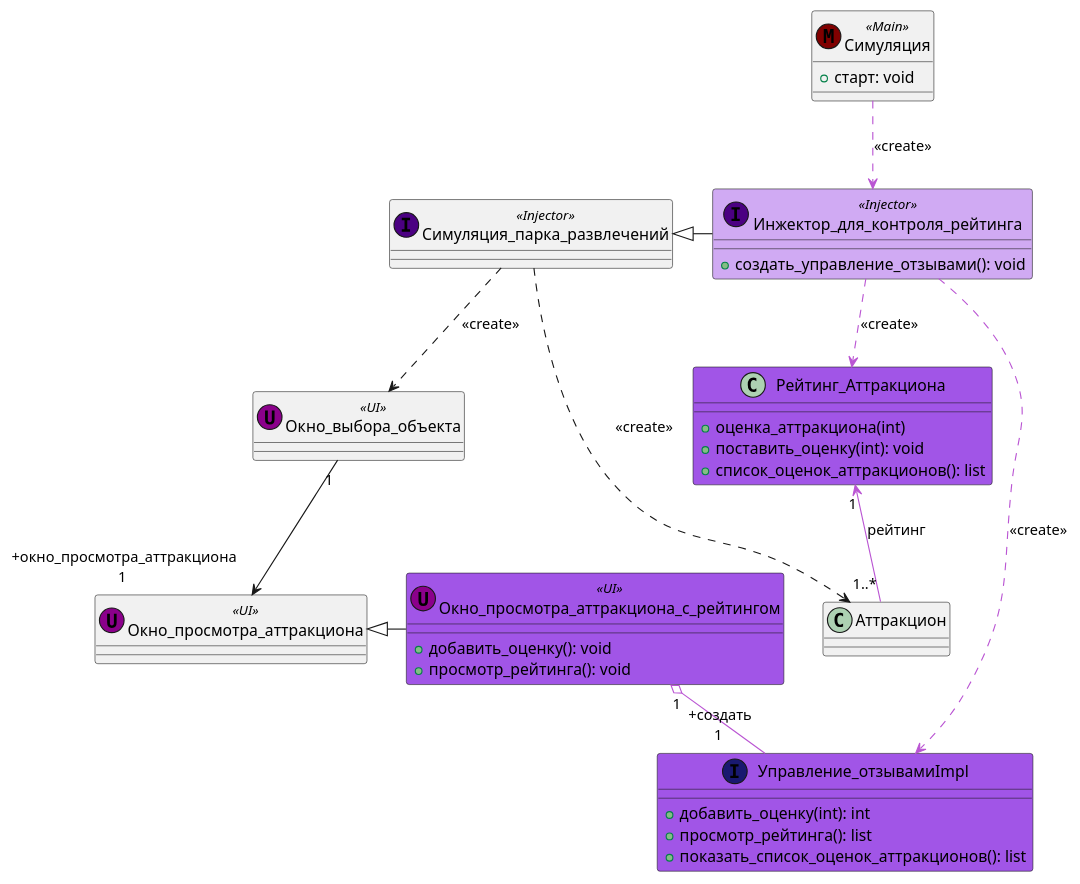
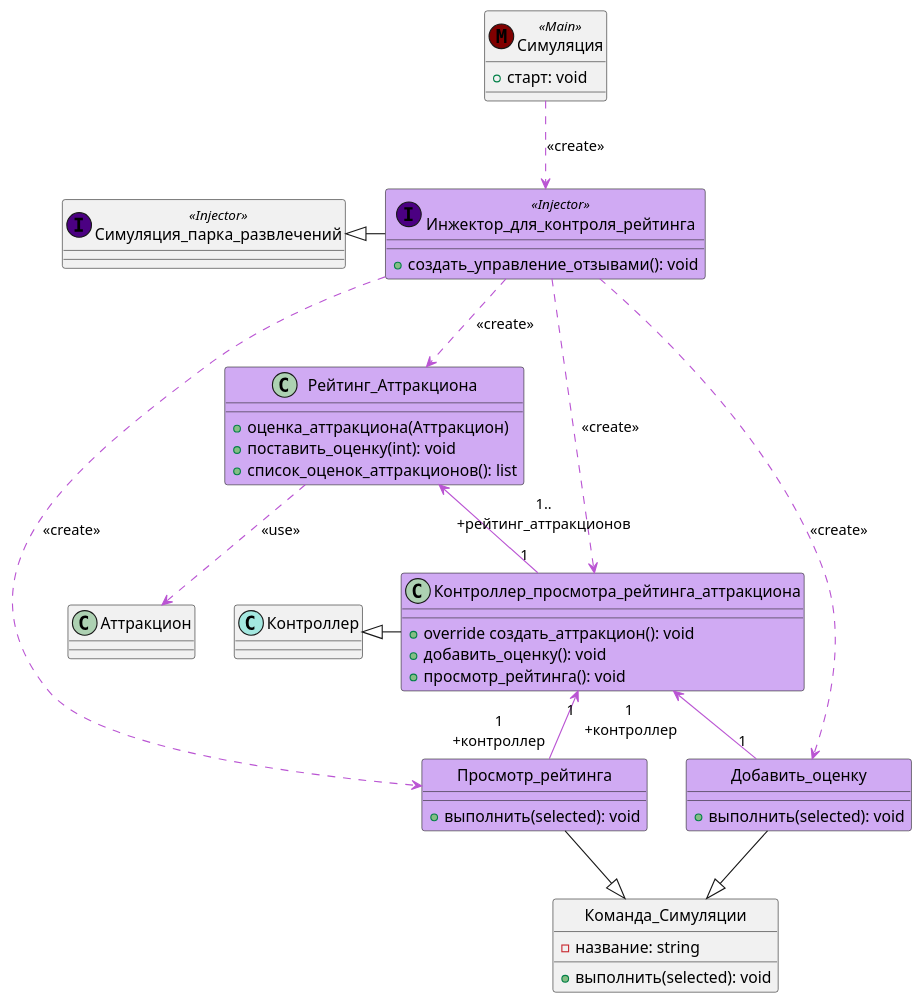
Before and after one commit to mzhirko/amusement-park: the diagram in description/diagrams/diagrams-ru/development-class/class-develop-rating.wsd, drawn with PlantUML. The commit also changed 8 other files, not shown here.

Commit message:
Remove ui dependencies in development diagrams

```diff
--- a/description/diagrams/diagrams-ru/development-class/class-develop-rating.wsd
+++ b/description/diagrams/diagrams-ru/development-class/class-develop-rating.wsd
@@ -1,54 +1,61 @@
 @startuml
 Симуляция .[#MediumOrchid].> Инжектор_для_контроля_рейтинга: <<create>>
 Симуляция_парка_развлечений <|- Инжектор_для_контроля_рейтинга
-Симуляция_парка_развлечений ..> Окно_выбора_объекта: <<create>>
-Окно_выбора_объекта  "1" --> " +окно_просмотра_аттракциона\n1" Окно_просмотра_аттракциона
-Инжектор_для_контроля_рейтинга .[#MediumOrchid].> Управление_отзывамиImpl: <<create>>
-Окно_просмотра_аттракциона_с_рейтингом "1" o-[#MediumOrchid]- " +создать\n1" Управление_отзывамиImpl
-Окно_просмотра_аттракциона <|- Окно_просмотра_аттракциона_с_рейтингом
 Инжектор_для_контроля_рейтинга .[#MediumOrchid].> Рейтинг_Аттракциона: <<create>>
-Симуляция_парка_развлечений ..> Аттракцион: <<create>>
-Рейтинг_Аттракциона "1" <-[#MediumOrchid]- "1..*" Аттракцион: рейтинг
+Рейтинг_Аттракциона .[#MediumOrchid].>  Аттракцион: <<use>>
+Команда_Симуляции <|-up- Добавить_оценку
+Команда_Симуляции <|-up- Просмотр_рейтинга
+Инжектор_для_контроля_рейтинга .[#MediumOrchid].> Добавить_оценку: <<create>>
+Инжектор_для_контроля_рейтинга .[#MediumOrchid].> Просмотр_рейтинга: <<create>>
+Инжектор_для_контроля_рейтинга .[#MediumOrchid].> Контроллер_просмотра_рейтинга_аттракциона: <<create>>
+Контроллер <|- Контроллер_просмотра_рейтинга_аттракциона
+Контроллер_просмотра_рейтинга_аттракциона "1 \n+контроллер" <-[#MediumOrchid]- "1" Добавить_оценку
+Контроллер_просмотра_рейтинга_аттракциона "1" <-[#MediumOrchid]- "1\n+контроллер" Просмотр_рейтинга
+Контроллер_просмотра_рейтинга_аттракциона "1" -[#MediumOrchid]up-> "1..\n+рейтинг_аттракционов" Рейтинг_Аттракциона
 
 class Симуляция << (M,Maroon) Main >> {
 + старт: void
 }
 
 class Симуляция_парка_развлечений << (I,Indigo) Injector >> {
 }
 
 class Инжектор_для_контроля_рейтинга << (I,Indigo) Injector >> #D0AAF3 {
 + создать_управление_отзывами(): void
 }
 
-class Управление_отзывамиImpl << (I,MidnightBlue) >> {
-    + добавить_оценку(int): int
-    + просмотр_рейтинга(): list
-    + показать_список_оценок_аттракционов(): list
-}
 
-class Окно_просмотра_аттракциона << (U,DarkMagenta) UI>> {
+class Добавить_оценку #D0AAF3 {
+    + выполнить(selected): void
 
 }
+hide Добавить_оценку circle
 
-class Окно_просмотра_аттракциона_с_рейтингом << (U,DarkMagenta) UI>> #A155E7 {
+class Просмотр_рейтинга #D0AAF3 {
+    + выполнить(selected): void
+}
+hide Просмотр_рейтинга circle
+
+
+class Контроллер_просмотра_рейтинга_аттракциона #D0AAF3 {
+    + override создать_аттракцион(): void
     + добавить_оценку(): void
     + просмотр_рейтинга(): void
 }
 
-class Рейтинг_Аттракциона #A155E7 {
-    + оценка_аттракциона(int)
+class Команда_Симуляции {
+    - название: string
+    + выполнить(selected): void
+}
+hide Команда_Симуляции circle
+
+class Рейтинг_Аттракциона #D0AAF3 {
+    + оценка_аттракциона(Aттракцион)
     + поставить_оценку(int): void
     + список_оценок_аттракционов(): list
 }
 
-class Аттракцион {
-}
-
-class Окно_выбора_объекта << (U,DarkMagenta) UI>> {
-}
-
-class Управление_отзывамиImpl #A155E7 {
+class Контроллер << (C,#a4e8e0) >> {
 }
 
 @enduml
```
